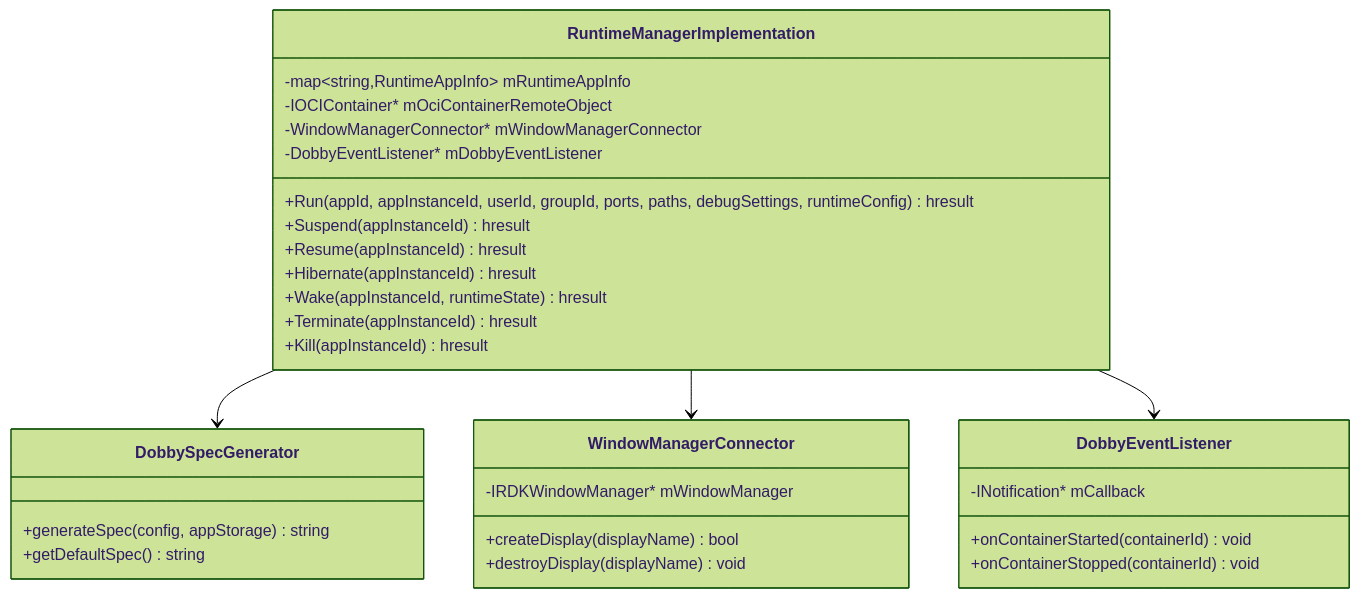
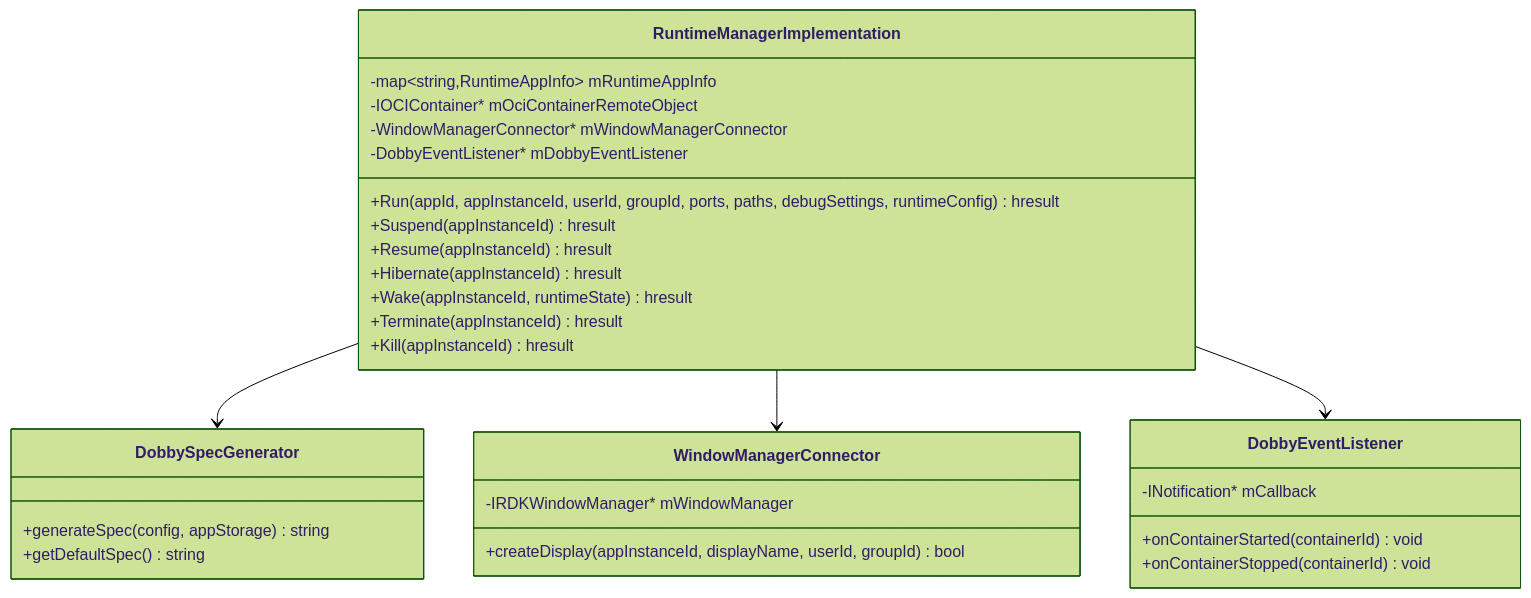
One commit to rdkcentral/entservices-appmanagers changed the second of 5 diagrams in RuntimeManager/RuntimeManager.md. Above: the diagram before and after it, drawn with Mermaid (forest theme). The commit also changed other lines of this file and 7 other files, not shown here.

````diff
--- a/RuntimeManager/RuntimeManager.md
+++ b/RuntimeManager/RuntimeManager.md
@@ -64,37 +64,36 @@
 ```mermaid
 classDiagram
     class RuntimeManagerImplementation {
         -map~string,RuntimeAppInfo~ mRuntimeAppInfo
         -IOCIContainer* mOciContainerRemoteObject
         -WindowManagerConnector* mWindowManagerConnector
         -DobbyEventListener* mDobbyEventListener
         +Run(appId, appInstanceId, userId, groupId, ports, paths, debugSettings, runtimeConfig) hresult
         +Suspend(appInstanceId) hresult
         +Resume(appInstanceId) hresult
         +Hibernate(appInstanceId) hresult
         +Wake(appInstanceId, runtimeState) hresult
         +Terminate(appInstanceId) hresult
         +Kill(appInstanceId) hresult
     }
 
     class DobbySpecGenerator {
         +generateSpec(config, appStorage) string
         +getDefaultSpec() string
     }
 
     class WindowManagerConnector {
         -IRDKWindowManager* mWindowManager
-        +createDisplay(displayName) bool
-        +destroyDisplay(displayName) void
+        +createDisplay(appInstanceId, displayName, userId, groupId) bool
     }
 
     class DobbyEventListener {
         -INotification* mCallback
         +onContainerStarted(containerId) void
         +onContainerStopped(containerId) void
     }
 
     RuntimeManagerImplementation --> DobbySpecGenerator
     RuntimeManagerImplementation --> WindowManagerConnector
     RuntimeManagerImplementation --> DobbyEventListener
 ```
````
